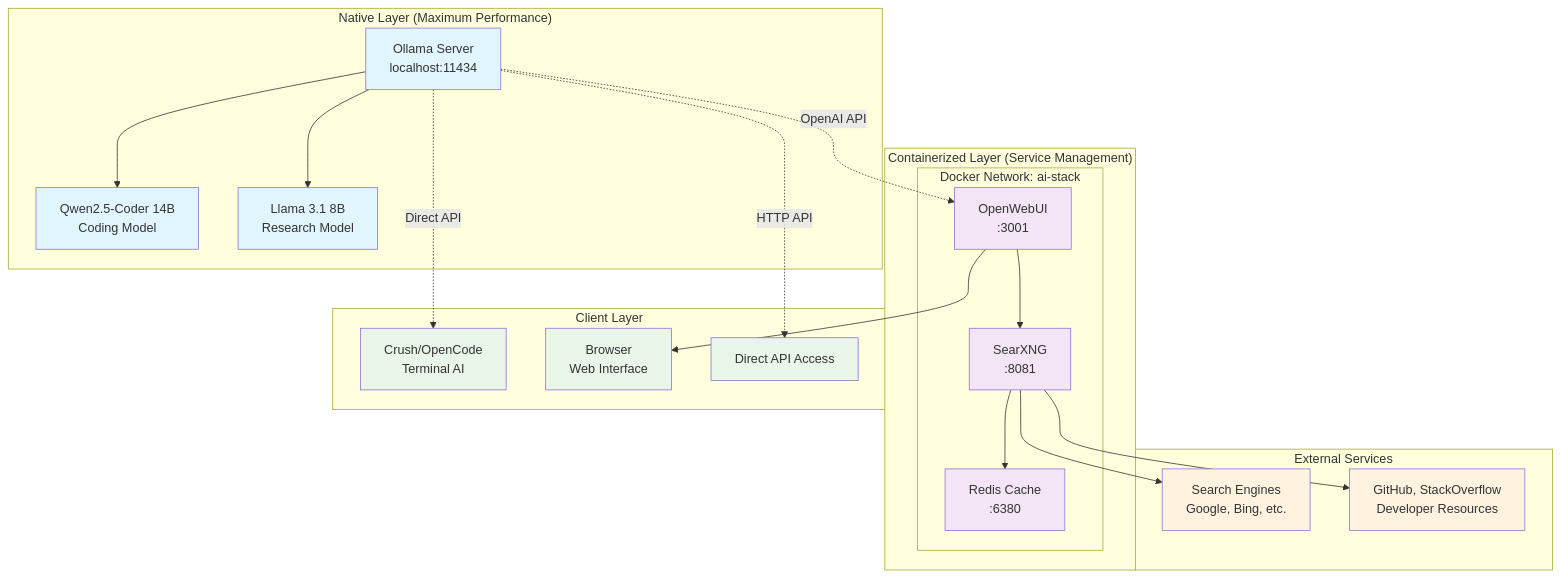
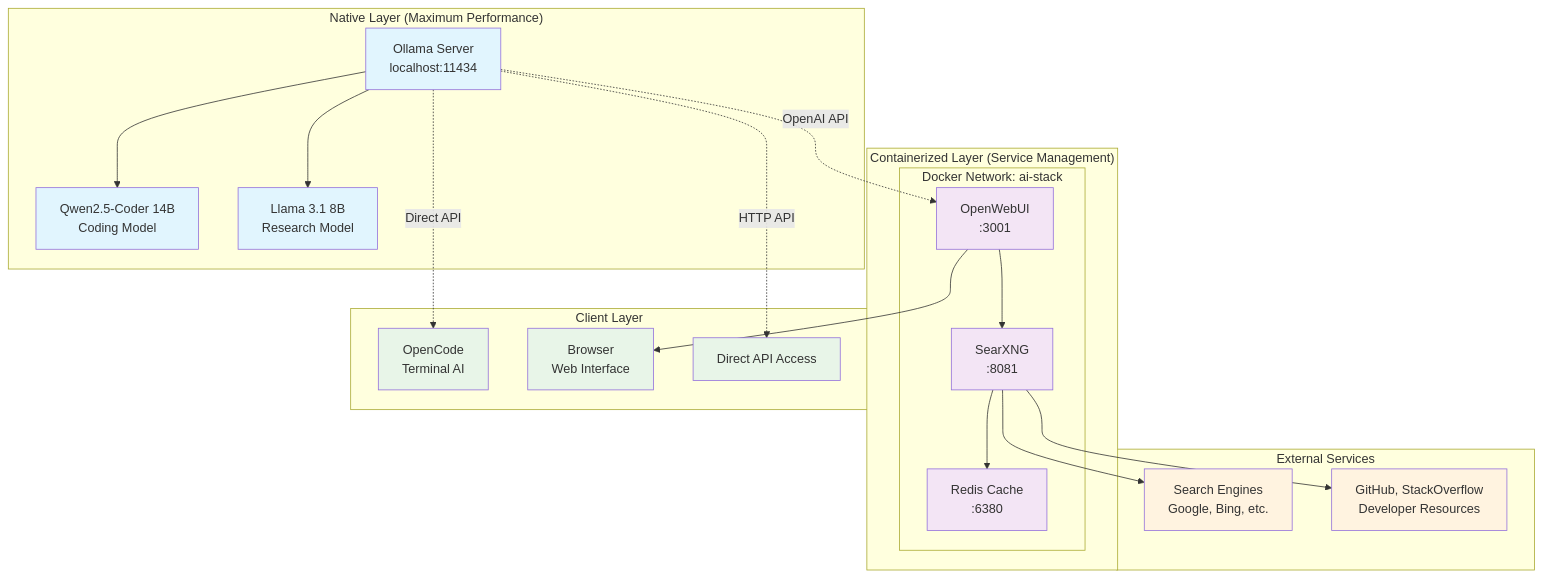
The first of 2 diagrams in docs/ARCHITECTURE.md (danielpsf/ai-experiments), drawn with Mermaid before and after one commit. The commit also changed other lines of this file and 2 other files, not shown here.

First line of the commit message:
docs: migrate all documentation from Crush to OpenCode

````diff
--- a/docs/ARCHITECTURE.md
+++ b/docs/ARCHITECTURE.md
@@ -9,50 +9,50 @@
 ```mermaid
 graph TB
     subgraph "Native Layer (Maximum Performance)"
         OL[Ollama Server<br/>localhost:11434]
         M1[Qwen2.5-Coder 14B<br/>Coding Model]
         M2[Llama 3.1 8B<br/>Research Model]
         OL --> M1
         OL --> M2
     end
     
     subgraph "Containerized Layer (Service Management)"
         subgraph "Docker Network: ai-stack"
             OW[OpenWebUI<br/>:3001]
             SX[SearXNG<br/>:8081]
             RD[Redis Cache<br/>:6380]
             
             OW --> SX
             SX --> RD
         end
     end
     
     subgraph "Client Layer"
-        CR[Crush/OpenCode<br/>Terminal AI]
+        CR[OpenCode<br/>Terminal AI]
         BR[Browser<br/>Web Interface]
         API[Direct API Access]
     end
     
     OL -.->|OpenAI API| OW
     OL -.->|Direct API| CR
     OL -.->|HTTP API| API
     OW --> BR
     
     subgraph "External Services"
         SE[Search Engines<br/>Google, Bing, etc.]
         GH[GitHub, StackOverflow<br/>Developer Resources]
     end
     
     SX --> SE
     SX --> GH
     
     classDef native fill:#e1f5fe
     classDef docker fill:#f3e5f5
     classDef client fill:#e8f5e8
     classDef external fill:#fff3e0
     
     class OL,M1,M2 native
     class OW,SX,RD docker
     class CR,BR,API client
     class SE,GH external
 ```
````
